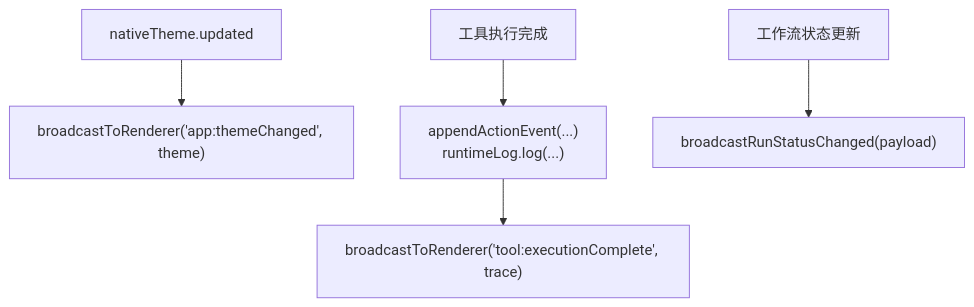
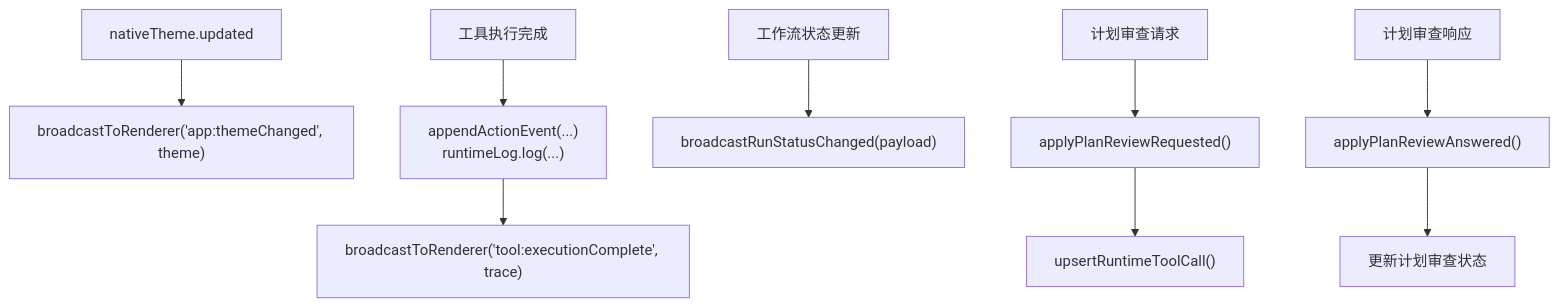
The sixth of 9 diagrams in .qoder/repowiki/zh/content/架构设计/渲染器架构/IPC 通信.md (haolange/RDC-Agent), drawn with Mermaid before and after one commit. The commit also changed other lines of this file and 208 other files, not shown here.

````diff
--- a/.qoder/repowiki/zh/content/架构设计/渲染器架构/IPC 通信.md
+++ b/.qoder/repowiki/zh/content/架构设计/渲染器架构/IPC 通信.md
@@ -241,7 +278,11 @@
 ```mermaid
 flowchart TD
 A["nativeTheme.updated"] --> B["broadcastToRenderer('app:themeChanged', theme)"]
 C["工具执行完成"] --> D["appendActionEvent(...)<br/>runtimeLog.log(...)"]
 D --> E["broadcastToRenderer('tool:executionComplete', trace)"]
 F["工作流状态更新"] --> G["broadcastRunStatusChanged(payload)"]
+H["计划审查请求"] --> I["applyPlanReviewRequested()"]
+I --> J["upsertRuntimeToolCall()"]
+K["计划审查响应"] --> L["applyPlanReviewAnswered()"]
+L --> M["更新计划审查状态"]
 ```
````
